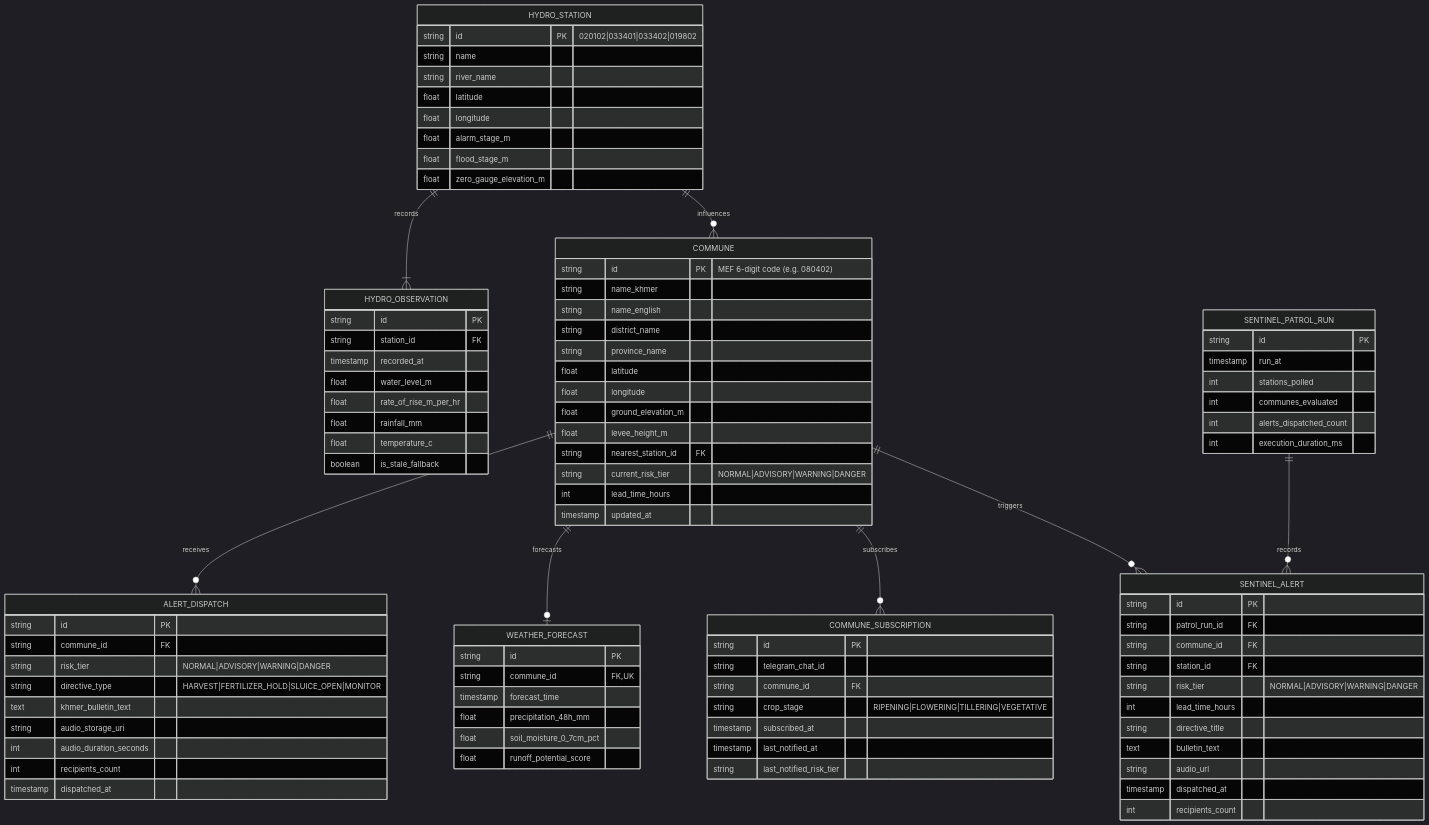
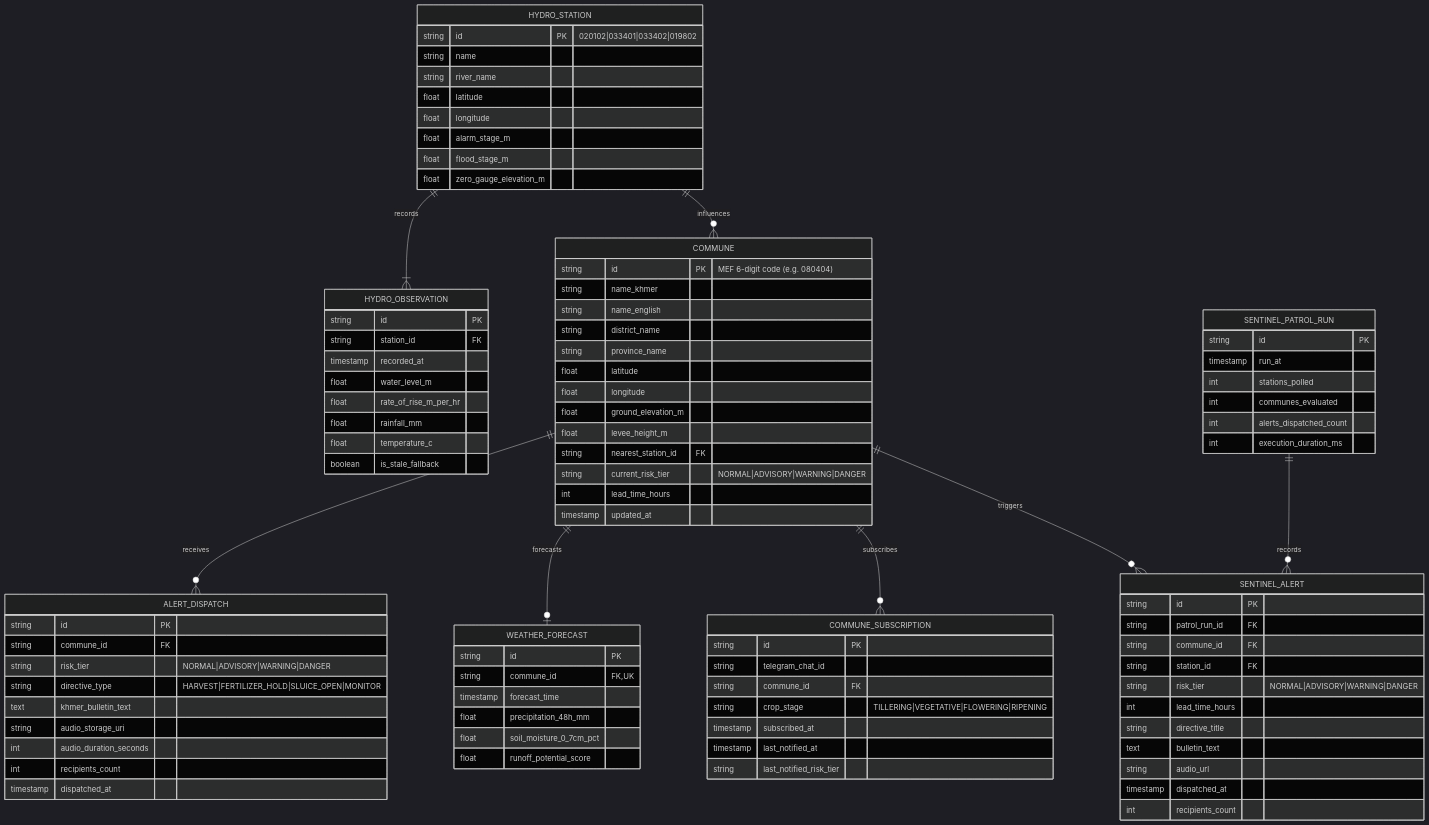
Before and after one commit to SunchhayK/mekongpulse: the second of 2 diagrams in technical-report.md, drawn with Mermaid (dark theme). The commit also changed other lines of this file and 8 other files, not shown here.

```diff
--- a/technical-report.md
+++ b/technical-report.md
@@ -212,7 +212,7 @@
   }
 
   COMMUNE {
-    string id PK "MEF 6-digit code (e.g. 080402)"
+    string id PK "MEF 6-digit code (e.g. 080404)"
     string name_khmer
     string name_english
     string district_name
@@ -240,7 +240,7 @@
     string id PK
     string telegram_chat_id
     string commune_id FK
-    string crop_stage "RIPENING|FLOWERING|TILLERING|VEGETATIVE"
+    string crop_stage "TILLERING|VEGETATIVE|FLOWERING|RIPENING"
     timestamp subscribed_at
     timestamp last_notified_at
     string last_notified_risk_tier
```
